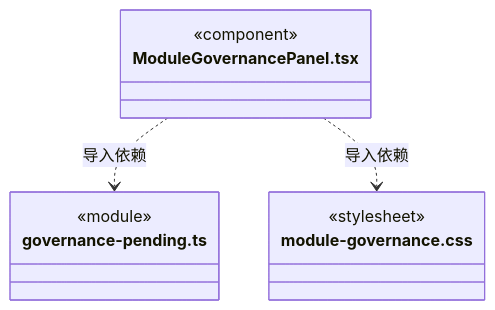
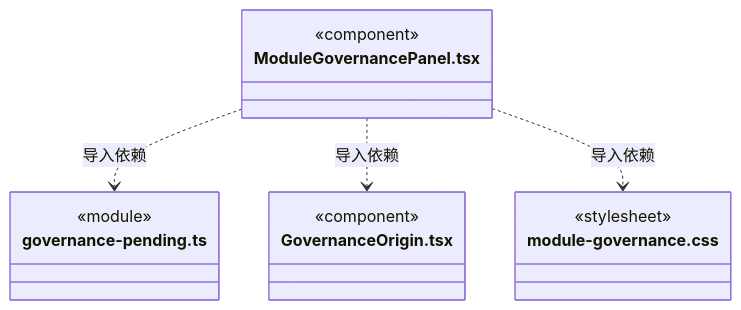
The seventh of 7 diagrams in src/frontend/governance/ARCHITECTURE.md (nan023062/cbim), drawn with Mermaid before and after one commit. The commit also changed other lines of this file and 53 other files, not shown here.

````diff
--- a/src/frontend/governance/ARCHITECTURE.md
+++ b/src/frontend/governance/ARCHITECTURE.md
@@ -84,14 +97,18 @@
 ```mermaid
 classDiagram
 class N_src_frontend_governance_ModuleGovernancePanel_tsx["ModuleGovernancePanel.tsx"] {
   <<component>>
 }
 class N_src_frontend_governance_governance_pending_ts["governance-pending.ts"] {
   <<module>>
 }
+class N_src_frontend_governance_GovernanceOrigin_tsx["GovernanceOrigin.tsx"] {
+  <<component>>
+}
 class N_src_frontend_governance_module_governance_css["module-governance.css"] {
   <<stylesheet>>
 }
 N_src_frontend_governance_ModuleGovernancePanel_tsx ..> N_src_frontend_governance_governance_pending_ts : 导入依赖
+N_src_frontend_governance_ModuleGovernancePanel_tsx ..> N_src_frontend_governance_GovernanceOrigin_tsx : 导入依赖
 N_src_frontend_governance_ModuleGovernancePanel_tsx ..> N_src_frontend_governance_module_governance_css : 导入依赖
 ```
````
